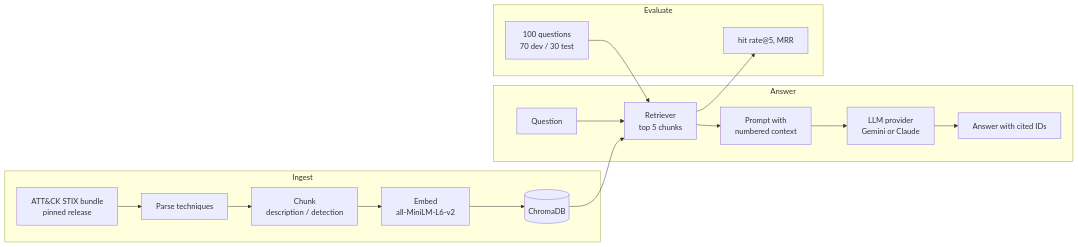
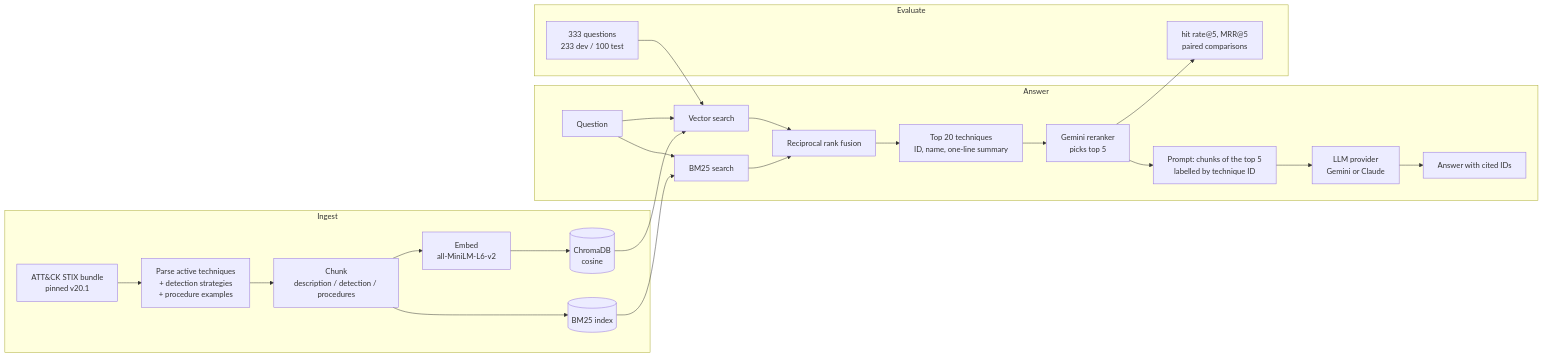
One commit to kishorekaarthik/attack-rag-eval changed the diagram in docs/design.md. Above: the diagram before and after it, drawn with Mermaid. The commit also changed other lines of this file, not shown here.

````diff
--- a/docs/design.md
+++ b/docs/design.md
@@ -21,20 +21,27 @@
 ```mermaid
 flowchart LR
     subgraph Ingest
-        A[ATT&CK STIX bundle<br/>pinned release] --> B[Parse techniques]
-        B --> C[Chunk<br/>description / detection]
+        A[ATT&CK STIX bundle<br/>pinned v20.1] --> B[Parse active techniques<br/>+ detection strategies<br/>+ procedure examples]
+        B --> C[Chunk<br/>description / detection / procedures]
         C --> D[Embed<br/>all-MiniLM-L6-v2]
-        D --> E[(ChromaDB)]
+        D --> E[(ChromaDB<br/>cosine)]
+        C --> K[(BM25 index)]
     end
     subgraph Answer
-        Q[Question] --> R[Retriever<br/>top 5 chunks]
-        E --> R
-        R --> P[Prompt with<br/>numbered context]
+        Q[Question] --> V[Vector search]
+        Q --> W[BM25 search]
+        E --> V
+        K --> W
+        V --> F[Reciprocal rank fusion]
+        W --> F
+        F --> G[Top 20 techniques<br/>ID, name, one-line summary]
+        G --> H[Gemini reranker<br/>picks top 5]
+        H --> P[Prompt: chunks of the top 5<br/>labelled by technique ID]
         P --> L[LLM provider<br/>Gemini or Claude]
         L --> O[Answer with cited IDs]
     end
     subgraph Evaluate
-        S[100 questions<br/>70 dev / 30 test] --> R
-        R --> M[hit rate@5, MRR]
+        S[333 questions<br/>233 dev / 100 test] --> V
+        H --> M[hit rate@5, MRR@5<br/>paired comparisons]
     end
 ```
````
